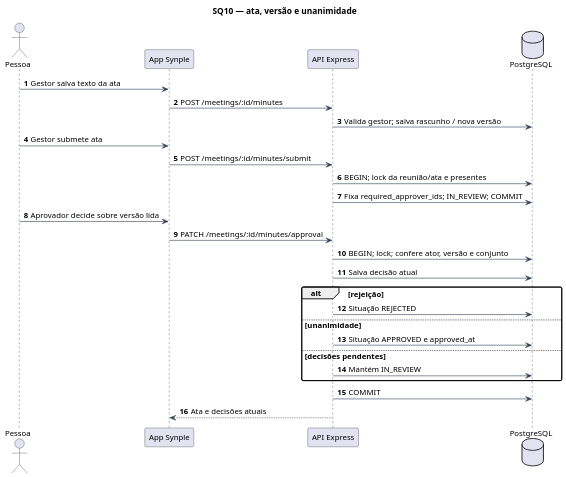
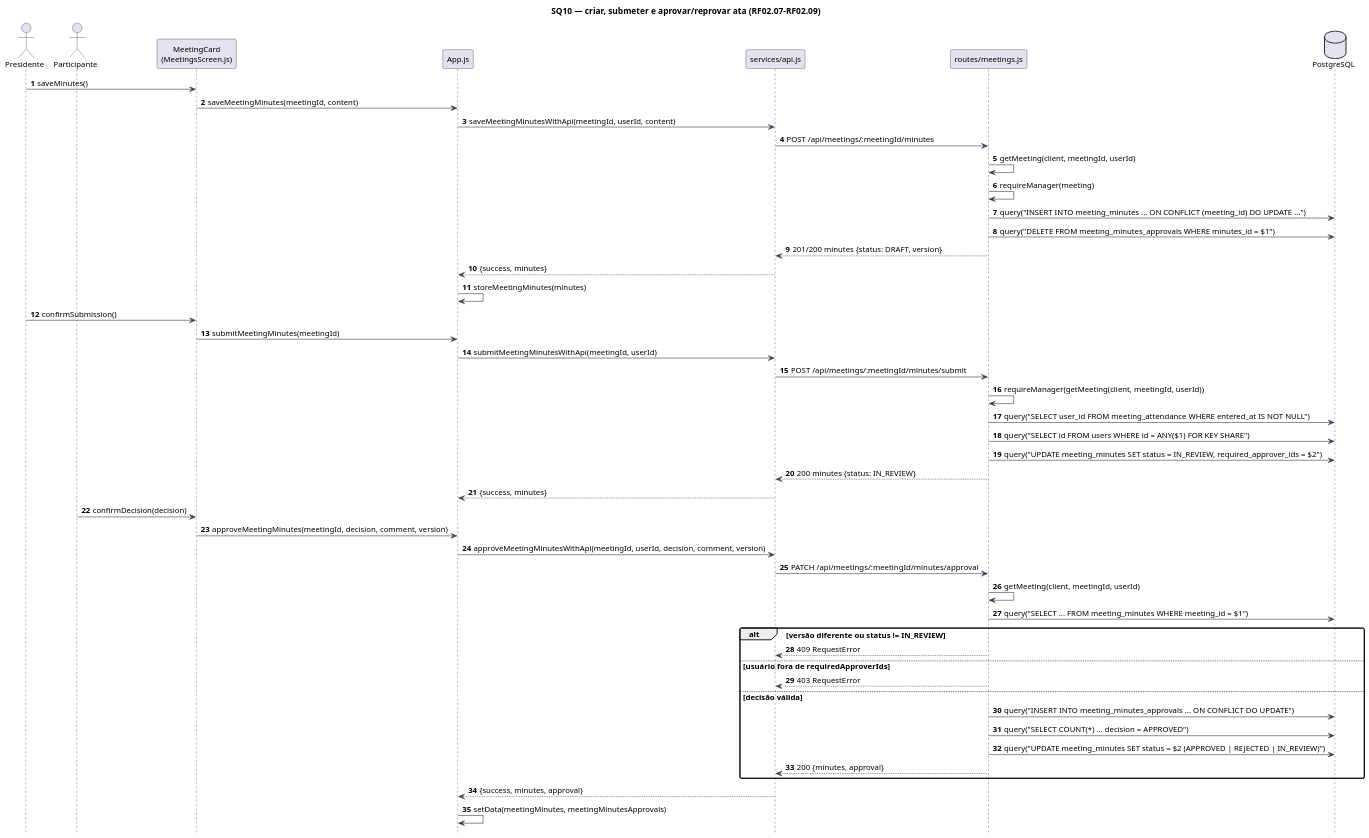
Before and after one commit to skzun/BRTPDS2: the diagram in docs/Diagramas/ENTREGA_DEFINITIVA/fontes/seq-ata.puml, drawn with PlantUML. The commit also changed 45 other files, not shown here.

First line of the commit message:
Corrige diagramas e documentação do Incremento 3

```diff
--- a/docs/Diagramas/ENTREGA_DEFINITIVA/fontes/seq-ata.puml
+++ b/docs/Diagramas/ENTREGA_DEFINITIVA/fontes/seq-ata.puml
@@ -1,38 +1,60 @@
 @startuml
 !pragma layout smetana
 skinparam backgroundColor white
 skinparam shadowing false
 skinparam defaultFontName SansSerif
 skinparam defaultFontSize 13
 skinparam ArrowColor #334155
-skinparam packageStyle rectangle
-skinparam classAttributeIconSize 0
 skinparam roundcorner 5
 skinparam dpi 130
-title SQ10 — ata, versão e unanimidade
+skinparam sequenceMessageAlign left
+hide footbox
 autonumber
-actor Pessoa
-participant "App Synple" as App
-participant "API Express" as API
-database PostgreSQL as DB
-Pessoa -> App : Gestor salva texto da ata
-App -> API : POST /meetings/:id/minutes
-API -> DB : Valida gestor; salva rascunho / nova versão
-Pessoa -> App : Gestor submete ata
-App -> API : POST /meetings/:id/minutes/submit
-API -> DB : BEGIN; lock da reunião/ata e presentes
-API -> DB : Fixa required_approver_ids; IN_REVIEW; COMMIT
-Pessoa -> App : Aprovador decide sobre versão lida
-App -> API : PATCH /meetings/:id/minutes/approval
-API -> DB : BEGIN; lock; confere ator, versão e conjunto
-API -> DB : Salva decisão atual
-alt rejeição
- API -> DB : Situação REJECTED
-else unanimidade
- API -> DB : Situação APPROVED e approved_at
-else decisões pendentes
- API -> DB : Mantém IN_REVIEW
+title SQ10 — criar, submeter e aprovar/reprovar ata (RF02.07–RF02.09)
+actor "Presidente" as G
+actor "Participante" as P
+participant "MeetingCard\n(MeetingsScreen.js)" as UI
+participant "App.js" as App
+participant "services/api.js" as Api
+participant "routes/meetings.js" as R
+database "PostgreSQL" as DB
+G -> UI : saveMinutes()
+UI -> App : saveMeetingMinutes(meetingId, content)
+App -> Api : saveMeetingMinutesWithApi(meetingId, userId, content)
+Api -> R : POST /api/meetings/:meetingId/minutes
+R -> R : getMeeting(client, meetingId, userId)
+R -> R : requireManager(meeting)
+R -> DB : query("INSERT INTO meeting_minutes ... ON CONFLICT (meeting_id) DO UPDATE ...")
+R -> DB : query("DELETE FROM meeting_minutes_approvals WHERE minutes_id = $1")
+R --> Api : 201/200 minutes {status: DRAFT, version}
+Api --> App : {success, minutes}
+App -> App : storeMeetingMinutes(minutes)
+G -> UI : confirmSubmission()
+UI -> App : submitMeetingMinutes(meetingId)
+App -> Api : submitMeetingMinutesWithApi(meetingId, userId)
+Api -> R : POST /api/meetings/:meetingId/minutes/submit
+R -> R : requireManager(getMeeting(client, meetingId, userId))
+R -> DB : query("SELECT user_id FROM meeting_attendance WHERE entered_at IS NOT NULL")
+R -> DB : query("SELECT id FROM users WHERE id = ANY($1) FOR KEY SHARE")
+R -> DB : query("UPDATE meeting_minutes SET status = IN_REVIEW, required_approver_ids = $2")
+R --> Api : 200 minutes {status: IN_REVIEW}
+Api --> App : {success, minutes}
+P -> UI : confirmDecision(decision)
+UI -> App : approveMeetingMinutes(meetingId, decision, comment, version)
+App -> Api : approveMeetingMinutesWithApi(meetingId, userId, decision, comment, version)
+Api -> R : PATCH /api/meetings/:meetingId/minutes/approval
+R -> R : getMeeting(client, meetingId, userId)
+R -> DB : query("SELECT ... FROM meeting_minutes WHERE meeting_id = $1")
+alt versão diferente ou status != IN_REVIEW
+ R --> Api : 409 RequestError
+else usuário fora de requiredApproverIds
+ R --> Api : 403 RequestError
+else decisão válida
+ R -> DB : query("INSERT INTO meeting_minutes_approvals ... ON CONFLICT DO UPDATE")
+ R -> DB : query("SELECT COUNT(*) ... decision = APPROVED")
+ R -> DB : query("UPDATE meeting_minutes SET status = $2 (APPROVED | REJECTED | IN_REVIEW)")
+ R --> Api : 200 {minutes, approval}
 end
-API -> DB : COMMIT
-API --> App : Ata e decisões atuais
+Api --> App : {success, minutes, approval}
+App -> App : setData(meetingMinutes, meetingMinutesApprovals)
 @enduml
```
